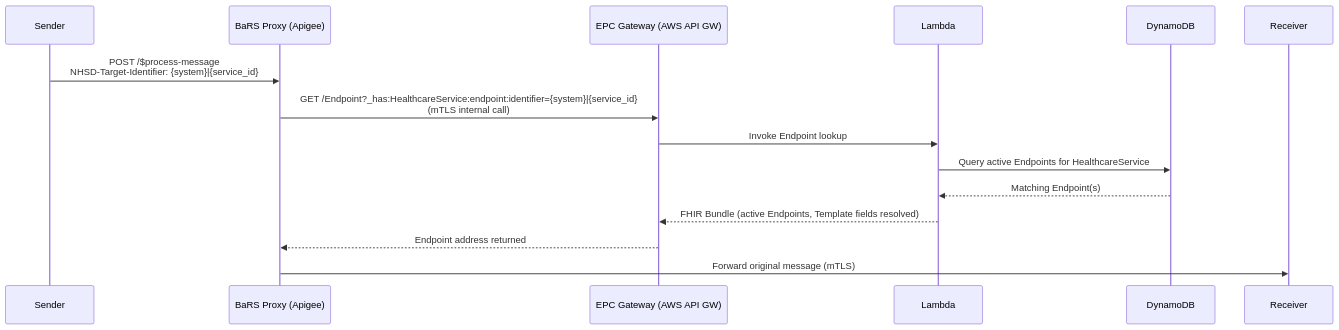
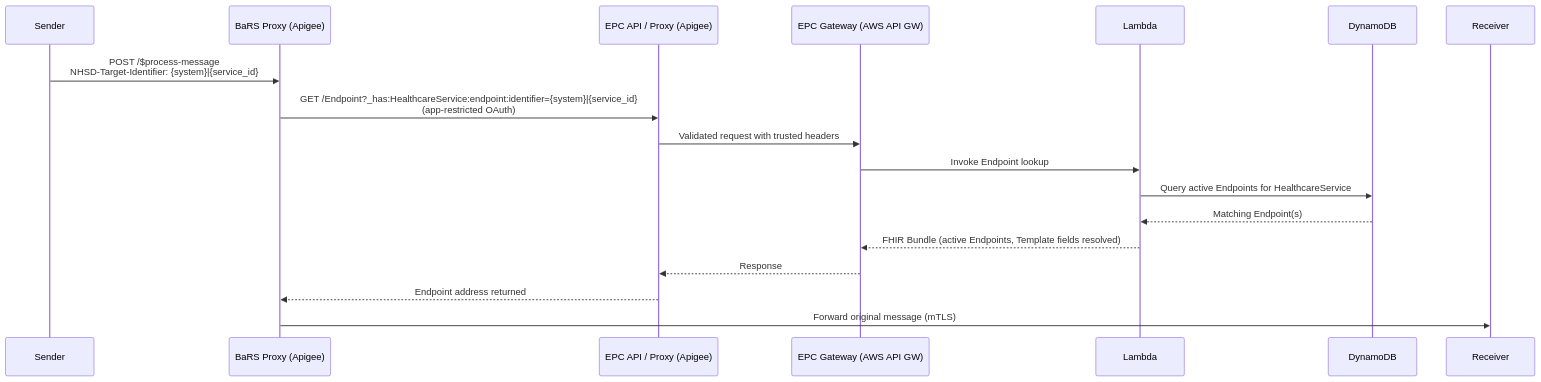
Before and after one commit to RichardWardNHSD/epc-work: the third of 5 diagrams in Documents/architecture.md, drawn with Mermaid. The commit also changed other lines of this file, not shown here.

````diff
--- a/Documents/architecture.md
+++ b/Documents/architecture.md
@@ -343,18 +368,21 @@
 ```mermaid
 sequenceDiagram
     participant Sender
     participant BaRS_Proxy as BaRS Proxy (Apigee)
+    participant EPC_API as EPC API / Proxy (Apigee)
     participant EPC_GW as EPC Gateway (AWS API GW)
     participant Lambda
     participant DDB as DynamoDB
     participant Receiver
 
     Sender->>BaRS_Proxy: POST /$process-message<br/>NHSD-Target-Identifier: {system}|{service_id}
-    BaRS_Proxy->>EPC_GW: GET /Endpoint?_has:HealthcareService:endpoint:identifier={system}|{service_id}<br/>(mTLS internal call)
+    BaRS_Proxy->>EPC_API: GET /Endpoint?_has:HealthcareService:endpoint:identifier={system}|{service_id}<br/>(app-restricted OAuth)
+    EPC_API->>EPC_GW: Validated request with trusted headers
     EPC_GW->>Lambda: Invoke Endpoint lookup
     Lambda->>DDB: Query active Endpoints for HealthcareService
     DDB-->>Lambda: Matching Endpoint(s)
     Lambda-->>EPC_GW: FHIR Bundle (active Endpoints, Template fields resolved)
-    EPC_GW-->>BaRS_Proxy: Endpoint address returned
+    EPC_GW-->>EPC_API: Response
+    EPC_API-->>BaRS_Proxy: Endpoint address returned
     BaRS_Proxy->>Receiver: Forward original message (mTLS)
 ```
````
